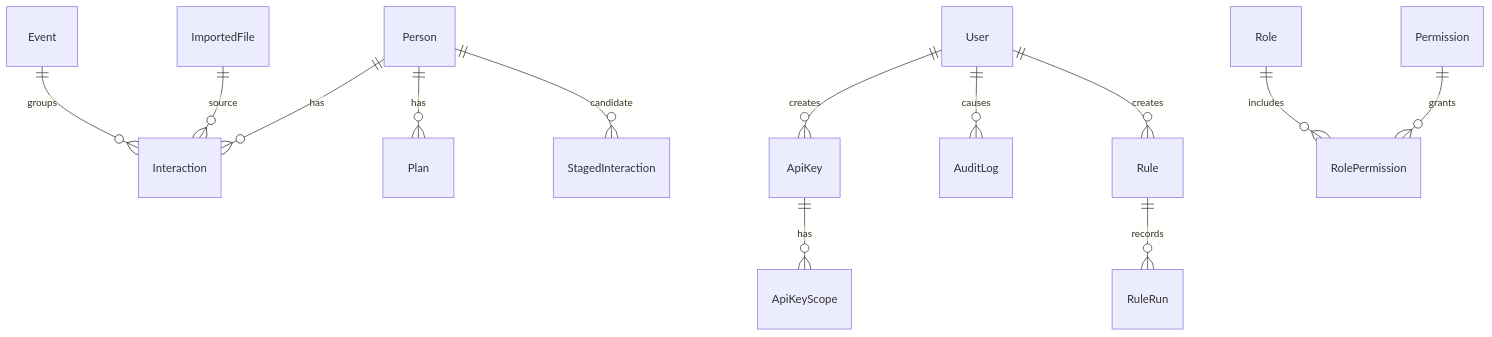
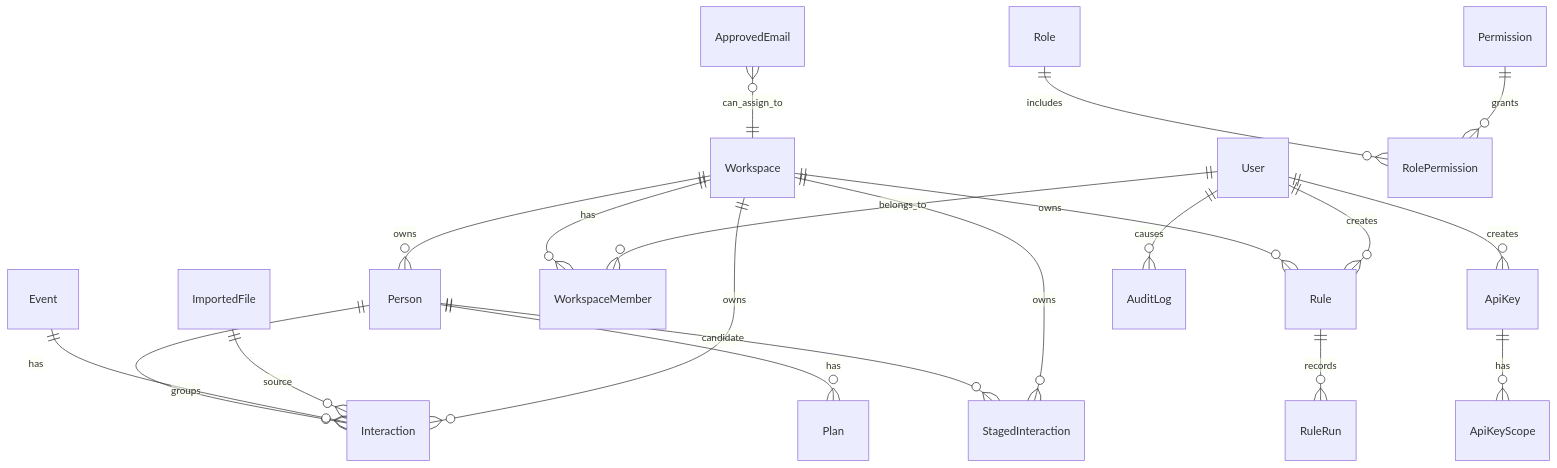
Diagram 13 of 16 in docs/PERSONS_ARCHITECTURE.md (josephdfryer/life-os), drawn with Mermaid before and after one commit. The commit also changed other lines of this file and 65 other files, not shown here.

````diff
--- a/docs/PERSONS_ARCHITECTURE.md
+++ b/docs/PERSONS_ARCHITECTURE.md
@@ -328,16 +349,23 @@
 ```mermaid
 erDiagram
   Person ||--o{ Interaction : has
   Event ||--o{ Interaction : groups
   Person ||--o{ Plan : has
   Person ||--o{ StagedInteraction : candidate
   ImportedFile ||--o{ Interaction : source
 
+  Workspace ||--o{ WorkspaceMember : has
+  Workspace ||--o{ Person : owns
+  Workspace ||--o{ Interaction : owns
+  Workspace ||--o{ StagedInteraction : owns
+  Workspace ||--o{ Rule : owns
+  ApprovedEmail }o--|| Workspace : can_assign_to
   User ||--o{ ApiKey : creates
+  User ||--o{ WorkspaceMember : belongs_to
   User ||--o{ AuditLog : causes
   User ||--o{ Rule : creates
   Role ||--o{ RolePermission : includes
   Permission ||--o{ RolePermission : grants
   ApiKey ||--o{ ApiKeyScope : has
   Rule ||--o{ RuleRun : records
 ```
````
